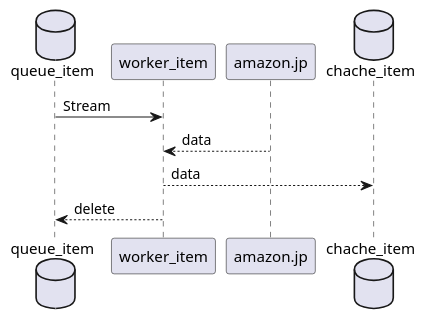
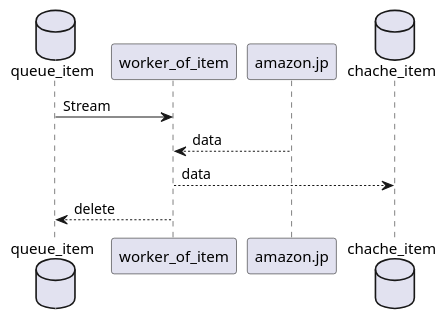
One commit to homura10059/find_sale_in_wishlist changed the fourth of 4 diagrams in docs/design.md. Above: the diagram before and after it, drawn with PlantUML. The commit also changed other lines of this file and 3 other files, not shown here.

````diff
--- a/docs/design.md
+++ b/docs/design.md
@@ -119,13 +121,13 @@
 ```puml
 @startuml
 
 database queue_item
-queue_item -> worker_item: Stream
-worker_item <-- amazon.jp: data
+queue_item -> worker_of_item: Stream
+worker_of_item <-- amazon.jp: data
 
 database chache_item
-worker_item --> chache_item: data
+worker_of_item --> chache_item: data
 
-worker_item --> queue_item: delete
+worker_of_item --> queue_item: delete
 @enduml
 ```
````
